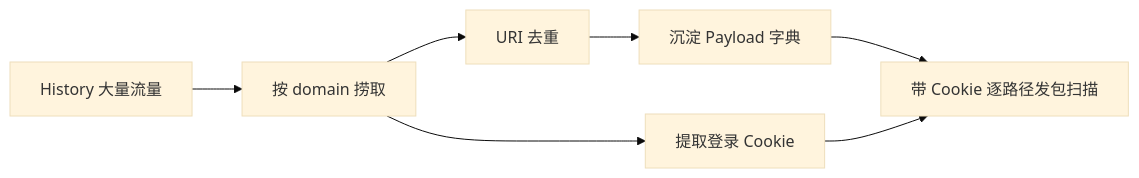
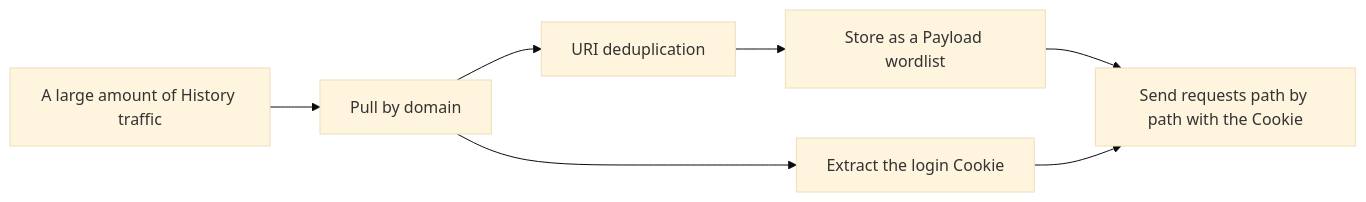
The diagram in yak-skills/yakit-data-extract-plugin/SKILL.md (DangerousSONG/attack_skills_for_agent), drawn with Mermaid (base theme) before and after one commit. The commit also changed other lines of this file and 2116 other files, not shown here.

````diff
--- a/yak-skills/yakit-data-extract-plugin/SKILL.md
+++ b/yak-skills/yakit-data-extract-plugin/SKILL.md
@@ -30,9 +26,9 @@
 ```mermaid
 flowchart LR
-    H[History 大量流量] --> Q[按 domain 捞取]
-    Q --> D[URI 去重]
-    Q --> C[提取登录 Cookie]
-    D --> P[沉淀 Payload 字典]
-    P --> S[带 Cookie 逐路径发包扫描]
+    H[A large amount of History traffic] --> Q[Pull by domain]
+    Q --> D[URI deduplication]
+    Q --> C[Extract the login Cookie]
+    D --> P[Store as a Payload wordlist]
+    P --> S[Send requests path by path with the Cookie]
     C --> S
 ```
````
